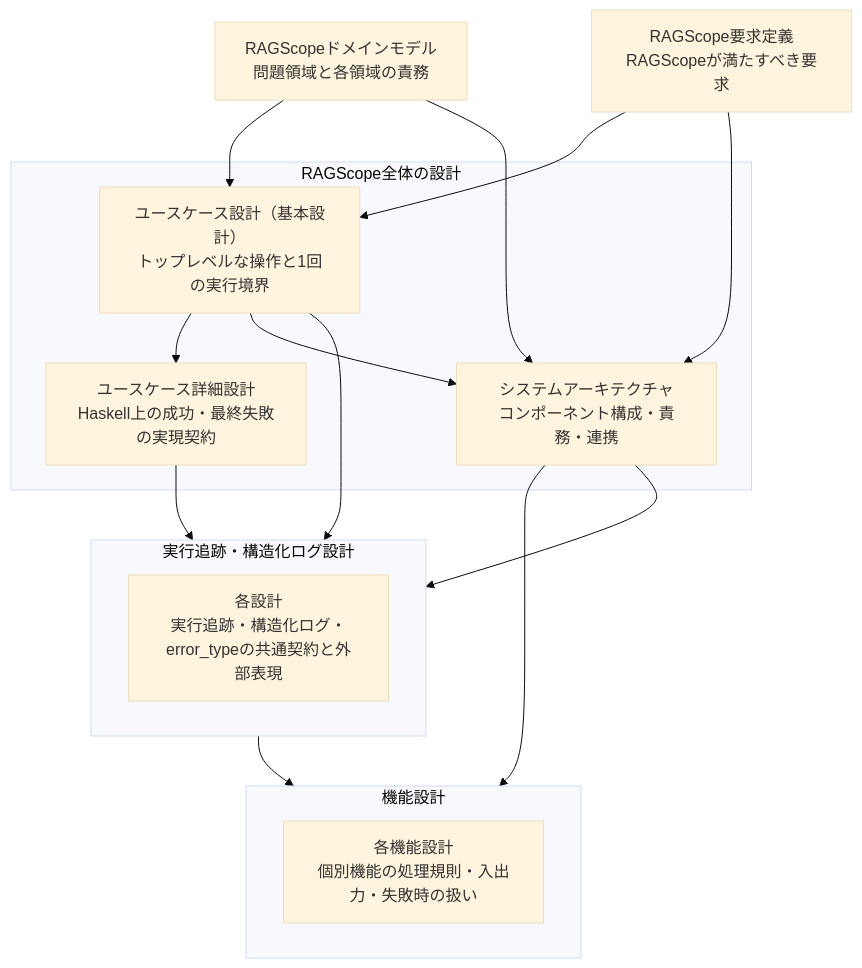
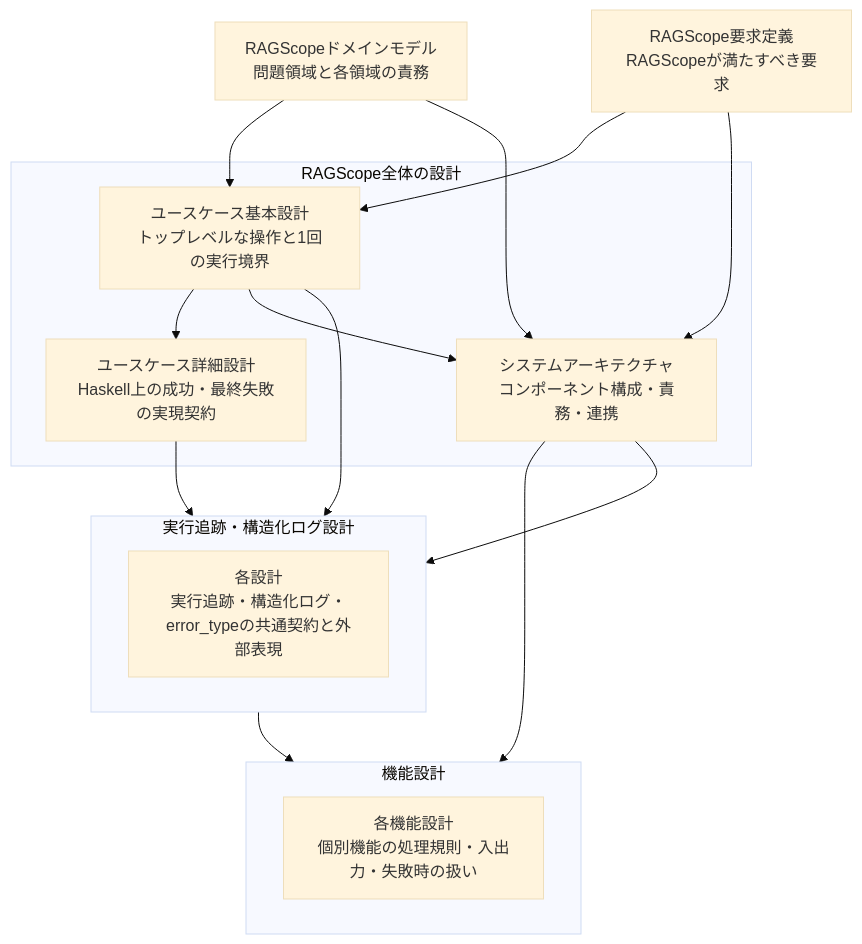
The diagram in project-docs/design/README.md (takashit16833/RAGScope), drawn with Mermaid (base theme) before and after one commit. The commit also changed other lines of this file, not shown here.

````diff
--- a/project-docs/design/README.md
+++ b/project-docs/design/README.md
@@ -21,33 +21,33 @@
 ```mermaid
 flowchart TD
     Domain["RAGScopeドメインモデル<br>問題領域と各領域の責務"]
     Requirements["RAGScope要求定義<br>RAGScopeが満たすべき要求"]
 
     subgraph Core["RAGScope全体の設計"]
-        UseCase["ユースケース設計（基本設計）<br>トップレベルな操作と1回の実行境界"]
+        UseCase["ユースケース基本設計<br>トップレベルな操作と1回の実行境界"]
         UseCaseDetail["ユースケース詳細設計<br>Haskell上の成功・最終失敗の実現契約"]
         Architecture["システムアーキテクチャ<br>コンポーネント構成・責務・連携"]
         UseCase --> UseCaseDetail
         UseCase --> Architecture
     end
 
     subgraph Features["機能設計"]
         FeatureDesigns["各機能設計<br>個別機能の処理規則・入出力・失敗時の扱い"]
     end
 
     subgraph Logging["実行追跡・構造化ログ設計"]
         LoggingDesigns["各設計<br>実行追跡・構造化ログ・error_typeの共通契約と外部表現"]
     end
 
     Domain --> UseCase
     Requirements --> UseCase
     Domain --> Architecture
     Requirements --> Architecture
 
     Architecture --> Features
 
     UseCase --> Logging
     UseCaseDetail --> Logging
     Architecture --> Logging
     Logging --> Features
 ```
````
